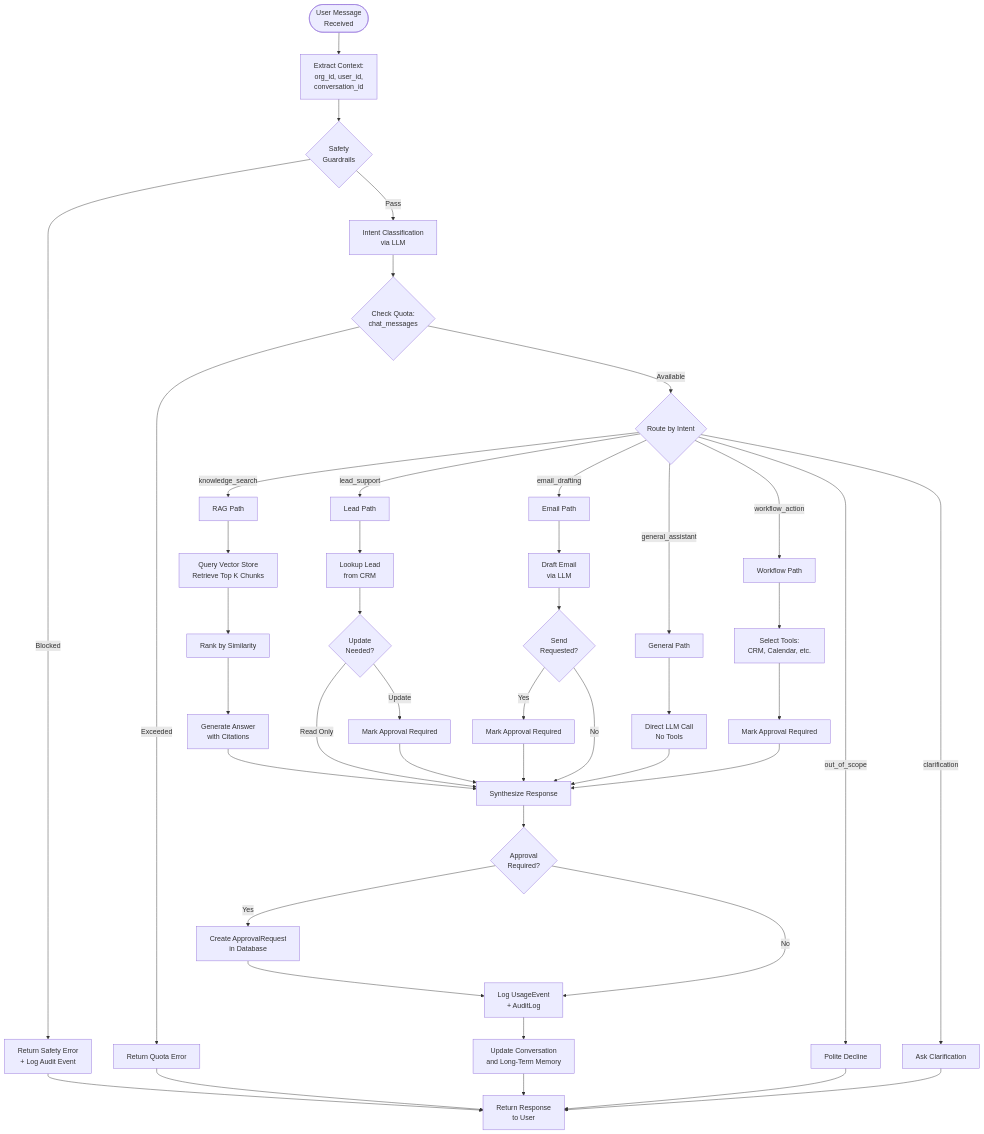
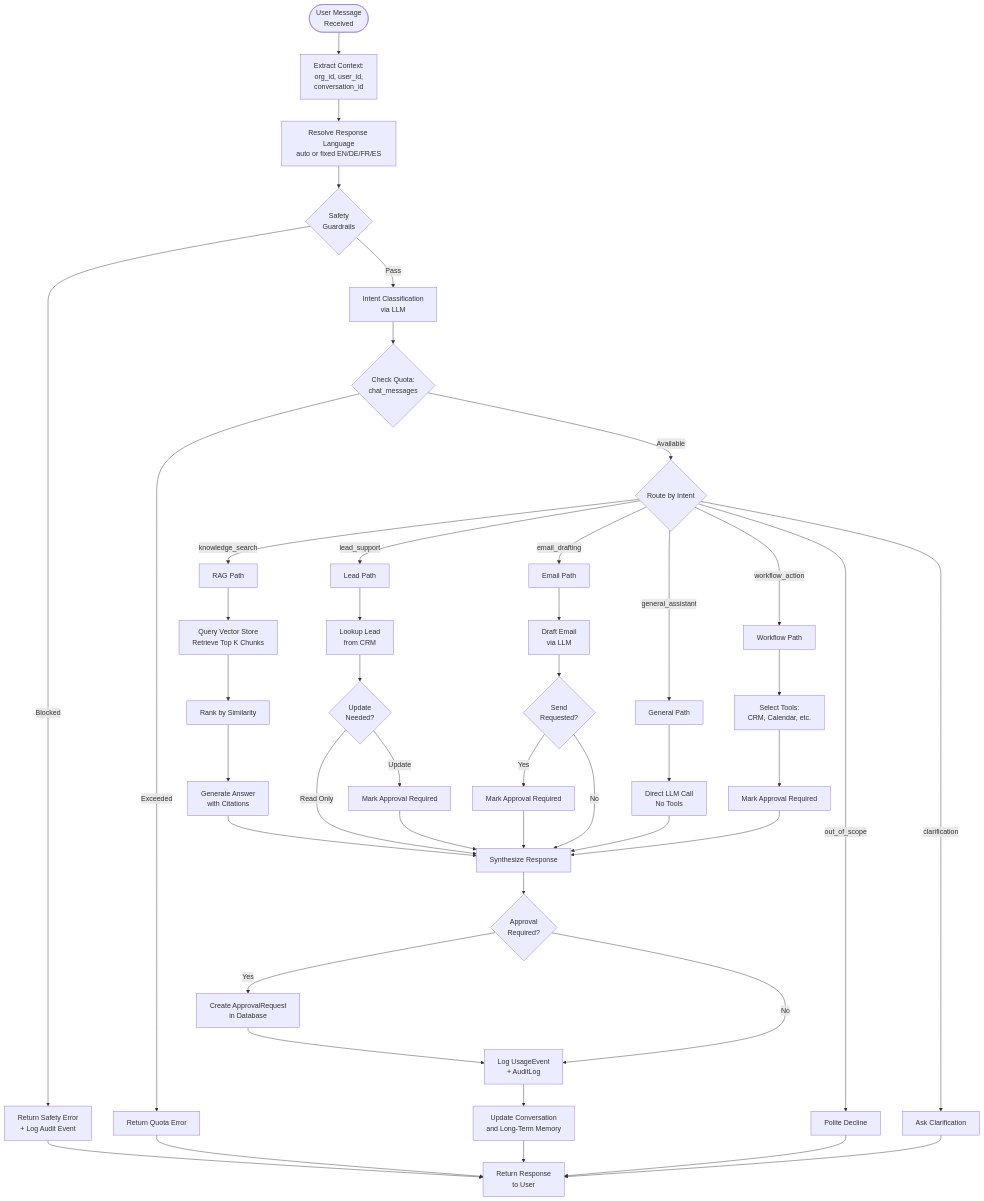
The second of 5 diagrams in docs/workflow.md (Fejjii/OnePilot-AI), drawn with Mermaid before and after one commit. The commit also changed 36 other files, not shown here.

````diff
--- a/docs/workflow.md
+++ b/docs/workflow.md
@@ -57,57 +57,58 @@
 ```mermaid
 flowchart TD
     Start([User Message<br/>Received]) --> ExtractContext[Extract Context:<br/>org_id, user_id,<br/>conversation_id]
     
-    ExtractContext --> SafetyCheck{Safety<br/>Guardrails}
+    ExtractContext --> LangResolve[Resolve Response Language<br/>auto or fixed EN/DE/FR/ES]
+    LangResolve --> SafetyCheck{Safety<br/>Guardrails}
     SafetyCheck -->|Blocked| SafetyReject[Return Safety Error<br/>+ Log Audit Event]
     SafetyCheck -->|Pass| IntentClassify[Intent Classification<br/>via LLM]
     
     IntentClassify --> QuotaCheck{Check Quota:<br/>chat_messages}
     QuotaCheck -->|Exceeded| QuotaError[Return Quota Error]
     QuotaCheck -->|Available| RouteIntent{Route by Intent}
     
     RouteIntent -->|knowledge_search| RAGPath[RAG Path]
     RouteIntent -->|lead_support| LeadPath[Lead Path]
     RouteIntent -->|email_drafting| EmailPath[Email Path]
     RouteIntent -->|general_assistant| GeneralPath[General Path]
     RouteIntent -->|workflow_action| WorkflowPath[Workflow Path]
     RouteIntent -->|out_of_scope| Decline[Polite Decline]
     RouteIntent -->|clarification| Clarify[Ask Clarification]
     
     RAGPath --> RetrieveKnowledge[Query Vector Store<br/>Retrieve Top K Chunks]
     RetrieveKnowledge --> RankChunks[Rank by Similarity]
     RankChunks --> GenerateRAG[Generate Answer<br/>with Citations]
     GenerateRAG --> Synthesize
     
     LeadPath --> LookupLead[Lookup Lead<br/>from CRM]
     LookupLead --> UpdateOrRead{Update<br/>Needed?}
     UpdateOrRead -->|Read Only| Synthesize[Synthesize Response]
     UpdateOrRead -->|Update| LeadUpdate[Mark Approval Required]
     LeadUpdate --> Synthesize
     
     EmailPath --> DraftEmail[Draft Email<br/>via LLM]
     DraftEmail --> SendCheck{Send<br/>Requested?}
     SendCheck -->|Yes| EmailApproval[Mark Approval Required]
     SendCheck -->|No| Synthesize
     EmailApproval --> Synthesize
     
     GeneralPath --> LLMCall[Direct LLM Call<br/>No Tools]
     LLMCall --> Synthesize
     
     WorkflowPath --> SelectTools[Select Tools:<br/>CRM, Calendar, etc.]
     SelectTools --> ExternalAction[Mark Approval Required]
     ExternalAction --> Synthesize
     
     Synthesize --> ApprovalCheck{Approval<br/>Required?}
     ApprovalCheck -->|Yes| CreateApprovalReq[Create ApprovalRequest<br/>in Database]
     ApprovalCheck -->|No| LogUsage[Log UsageEvent<br/>+ AuditLog]
     
     CreateApprovalReq --> LogUsage
     LogUsage --> UpdateMemory[Update Conversation<br/>and Long-Term Memory]
     UpdateMemory --> ReturnResponse[Return Response<br/>to User]
     
     Decline --> ReturnResponse
     Clarify --> ReturnResponse
     SafetyReject --> ReturnResponse
     QuotaError --> ReturnResponse
 ```
````
